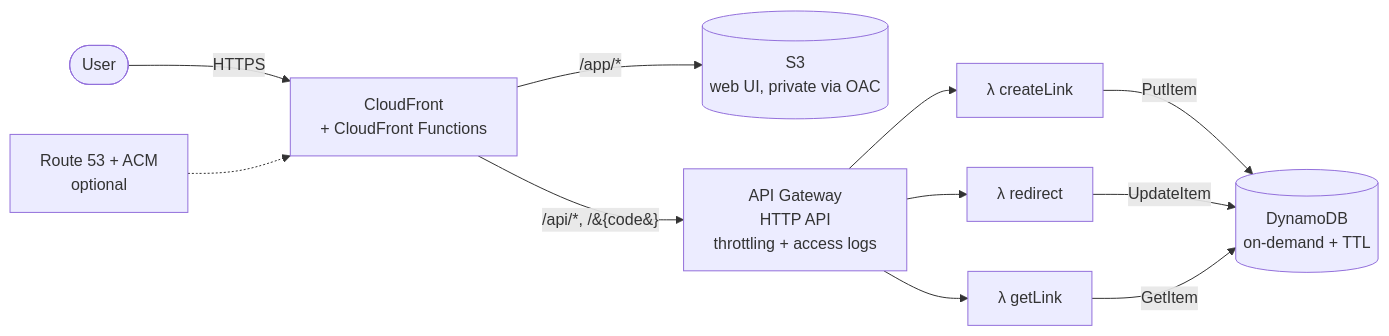
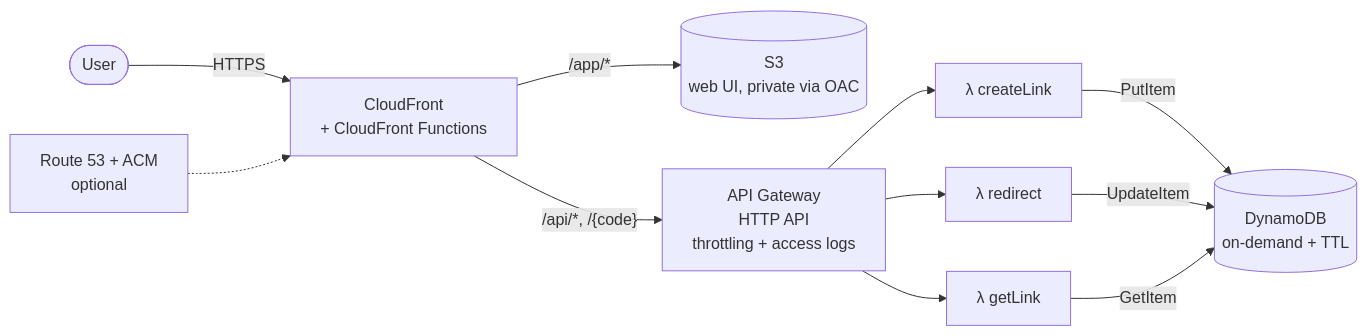
The first of 2 diagrams in README.md (dan-fonseca/url_shortener), drawn with Mermaid before and after one commit.

Commit message:
README: fix Mermaid parse error in architecture diagram
Quote edge labels; unescaped braces in "/{code}" were parsed as a
diamond node, and the &#123; entity form is not valid Mermaid syntax.

````diff
--- a/README.md
+++ b/README.md
@@ -13,13 +13,13 @@
 ```mermaid
 flowchart LR
     U([User]) -->|HTTPS| CF[CloudFront<br/>+ CloudFront Functions]
-    CF -->|/app/*| S3[(S3<br/>web UI, private via OAC)]
-    CF -->|/api/*, /&#123;code&#125;| APIGW[API Gateway<br/>HTTP API<br/>throttling + access logs]
+    CF -->|"/app/*"| S3[(S3<br/>web UI, private via OAC)]
+    CF -->|"/api/*, /{code}"| APIGW[API Gateway<br/>HTTP API<br/>throttling + access logs]
     APIGW --> L1[λ createLink]
     APIGW --> L2[λ redirect]
     APIGW --> L3[λ getLink]
     L1 -->|PutItem| DDB[(DynamoDB<br/>on-demand + TTL)]
     L2 -->|UpdateItem| DDB
     L3 -->|GetItem| DDB
     R53[Route 53 + ACM<br/>optional] -.-> CF
 ```
````
